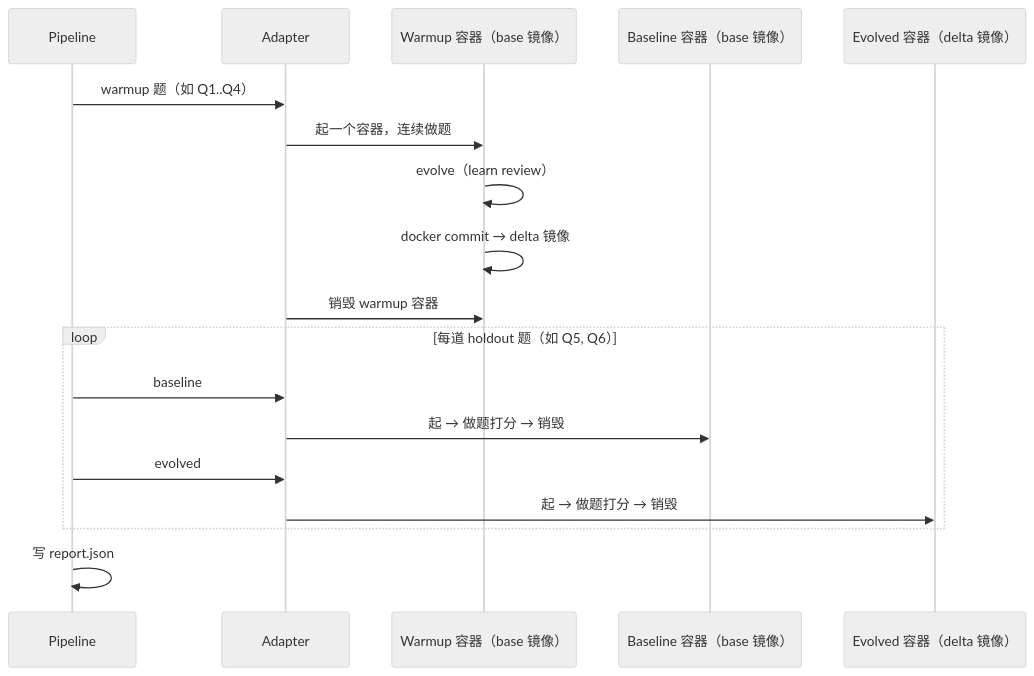
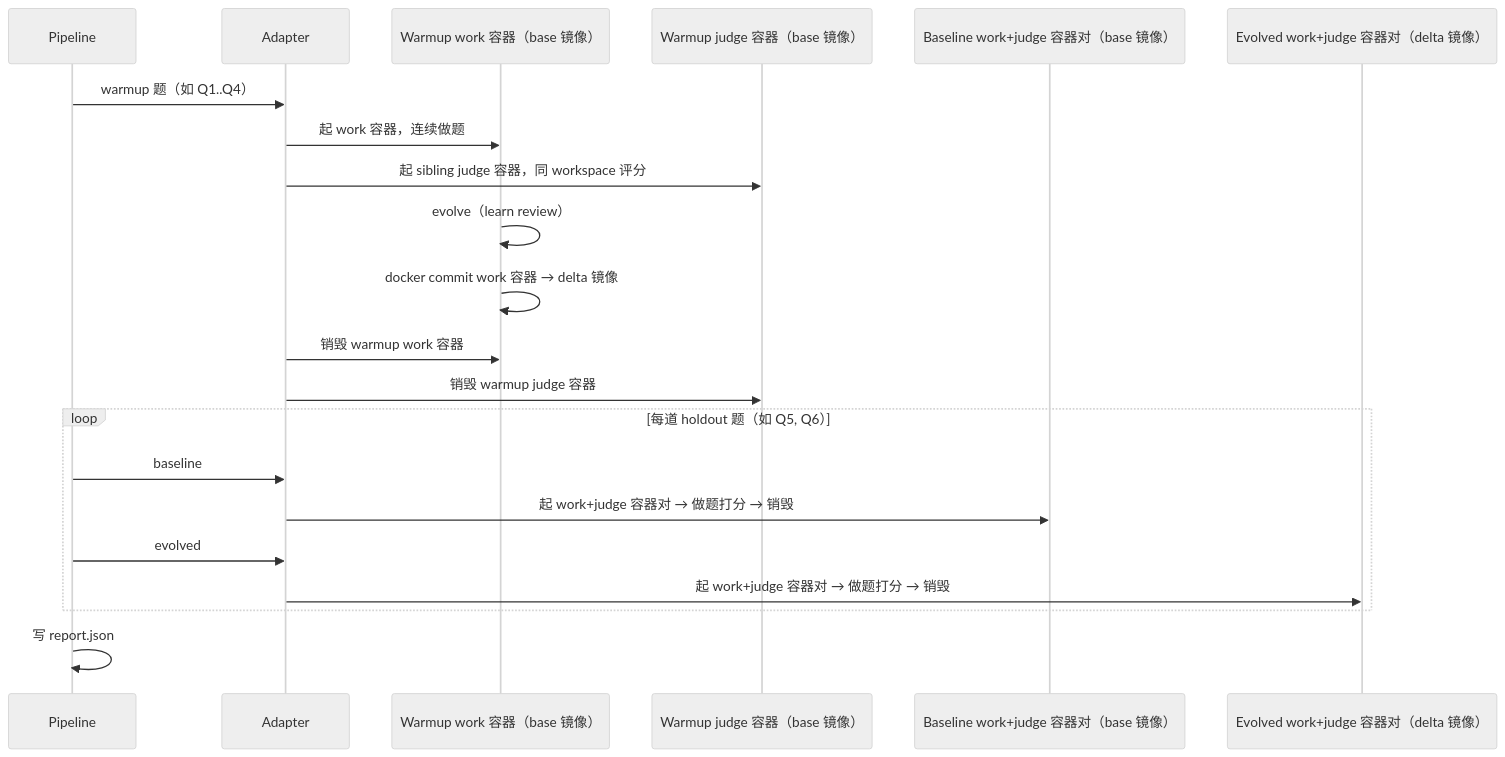
The diagram in docs/lift-framework-guide-cn.md (FeiZhuNiU-INFJA/LIFT), drawn with Mermaid (neutral theme) before and after one commit. The commit also changed other lines of this file and 28 other files, not shown here.

First line of the commit message:
fix: split work and judge containers across runtimes to avoid possible leaks

````diff
--- a/docs/lift-framework-guide-cn.md
+++ b/docs/lift-framework-guide-cn.md
@@ -82,23 +82,26 @@
 ```mermaid
 sequenceDiagram
     participant P as Pipeline
     participant A as Adapter
-    participant W as Warmup 容器（base 镜像）
-    participant Hb as Baseline 容器（base 镜像）
-    participant He as Evolved 容器（delta 镜像）
+    participant W as Warmup work 容器（base 镜像）
+    participant J as Warmup judge 容器（base 镜像）
+    participant Hb as Baseline work+judge 容器对（base 镜像）
+    participant He as Evolved work+judge 容器对（delta 镜像）
 
     P->>A: warmup 题（如 Q1..Q4）
-    A->>W: 起一个容器，连续做题
+    A->>W: 起 work 容器，连续做题
+    A->>J: 起 sibling judge 容器，同 workspace 评分
     W->>W: evolve（learn review）
-    W->>W: docker commit → delta 镜像
-    A->>W: 销毁 warmup 容器
+    W->>W: docker commit work 容器 → delta 镜像
+    A->>W: 销毁 warmup work 容器
+    A->>J: 销毁 warmup judge 容器
 
     loop 每道 holdout 题（如 Q5, Q6）
         P->>A: baseline
-        A->>Hb: 起 → 做题打分 → 销毁
+        A->>Hb: 起 work+judge 容器对 → 做题打分 → 销毁
         P->>A: evolved
-        A->>He: 起 → 做题打分 → 销毁
+        A->>He: 起 work+judge 容器对 → 做题打分 → 销毁
     end
 
     P->>P: 写 report.json
 ```
````
